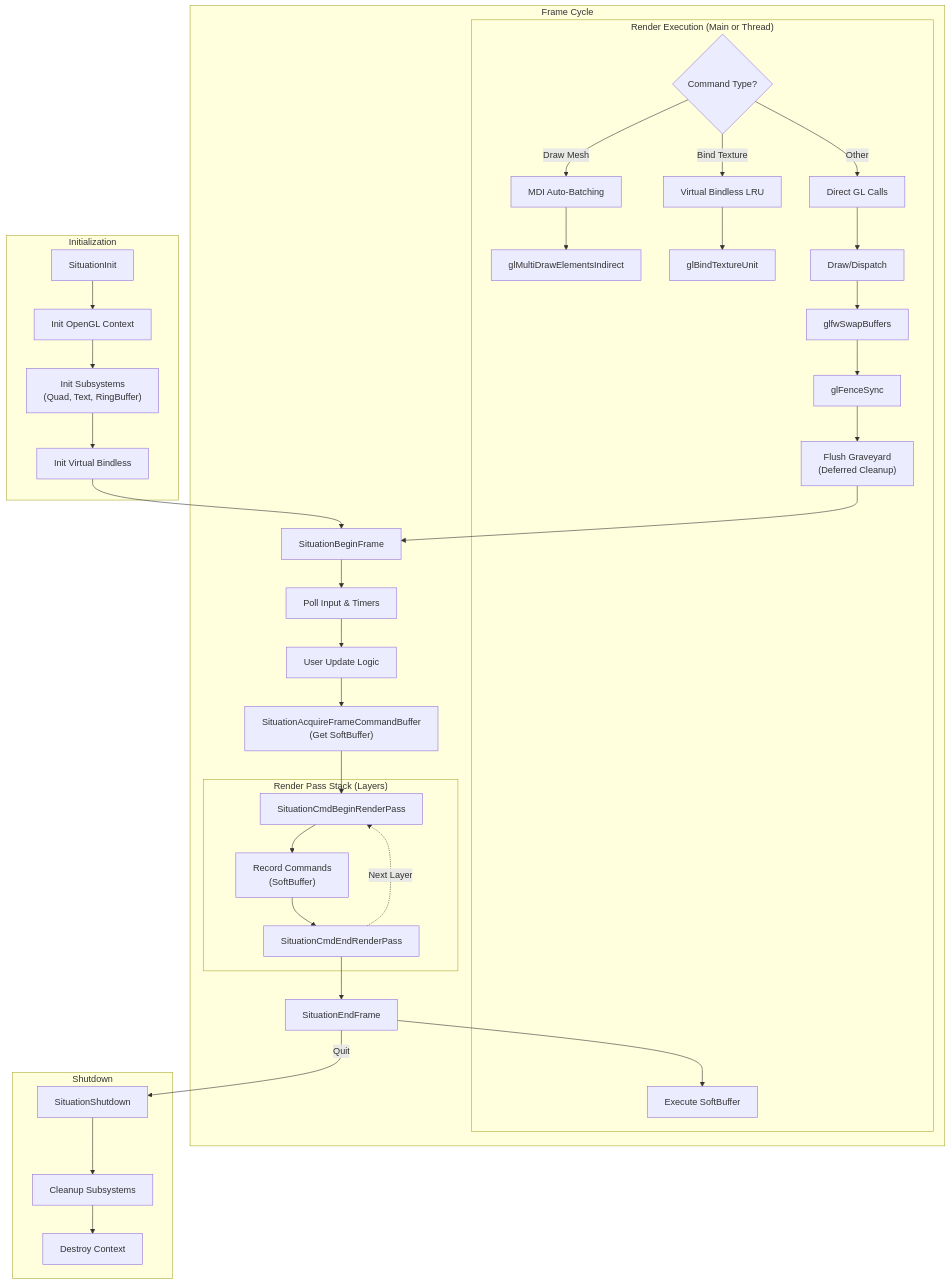
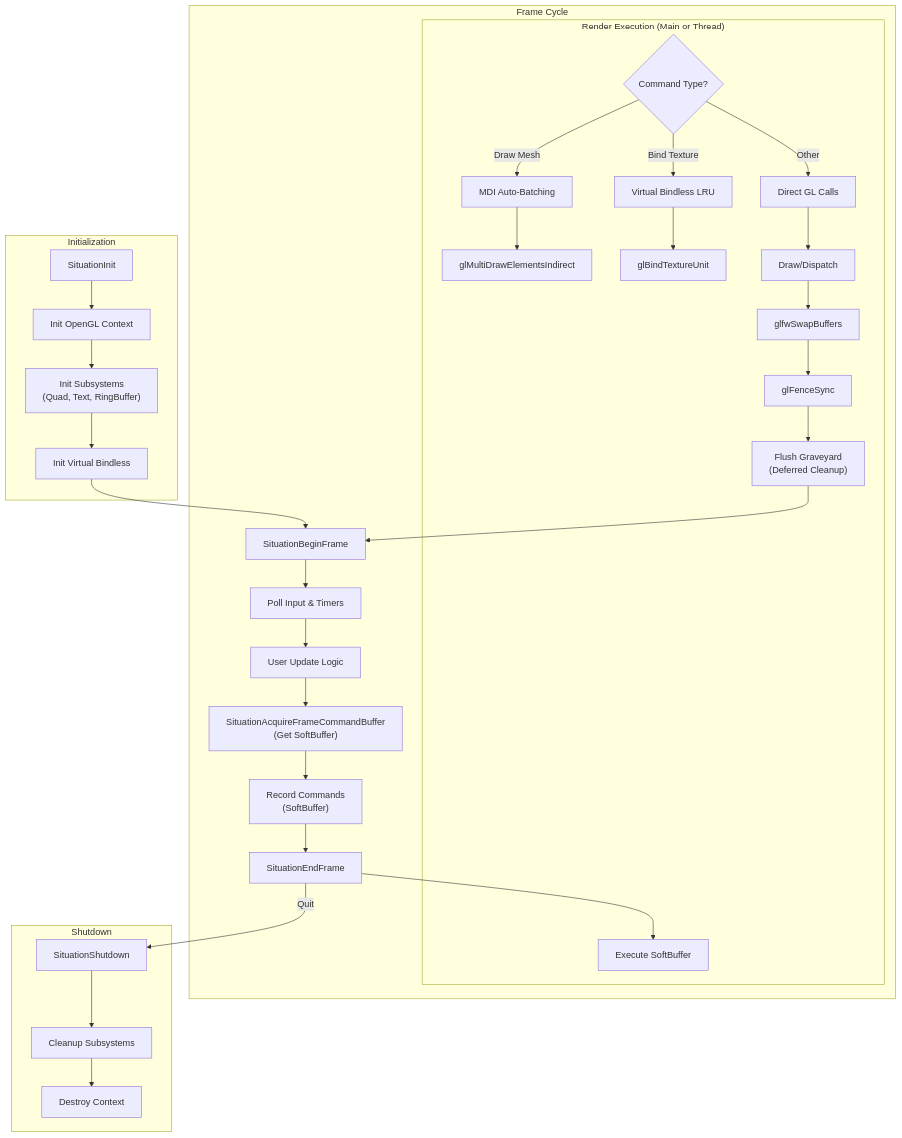
The second of 3 diagrams in README.md (jmorel33/situation), drawn with Mermaid before and after one commit. The commit also changed other lines of this file, not shown here.

````diff
--- a/README.md
+++ b/README.md
@@ -277,54 +270,47 @@
 ```mermaid
 graph TD
     %% Nodes
     subgraph Init ["Initialization"]
         I1["SituationInit"]
         I2["Init OpenGL Context"]
         I3["Init Subsystems<br/>(Quad, Text, RingBuffer)"]
         I4["Init Virtual Bindless"]
     end
 
     subgraph Loop ["Frame Cycle"]
         L1["SituationBeginFrame"]
         L2["Poll Input & Timers"]
         L3["User Update Logic"]
         L4["SituationAcquireFrameCommandBuffer<br/>(Get SoftBuffer)"]
-        subgraph RenderStack ["Render Pass Stack (Layers)"]
-            L5a["SituationCmdBeginRenderPass"]
-            L5b["Record Commands<br/>(SoftBuffer)"]
-            L5c["SituationCmdEndRenderPass"]
-            L5a --> L5b --> L5c
-            L5c -. "Next Layer" .-> L5a
-        end
+        L5["Record Commands<br/>(SoftBuffer)"]
         L6["SituationEndFrame"]
 
         subgraph Render ["Render Execution (Main or Thread)"]
             R1["Execute SoftBuffer"]
             R2{"Command Type?"}
             R2 -- "Draw Mesh" --> R3["MDI Auto-Batching"]
             R2 -- "Bind Texture" --> R4["Virtual Bindless LRU"]
             R2 -- "Other" --> R5["Direct GL Calls"]
             R3 --> R6["glMultiDrawElementsIndirect"]
             R4 --> R7["glBindTextureUnit"]
             R5 --> R8["Draw/Dispatch"]
             R8 --> S1["glfwSwapBuffers"]
             S1 --> S2["glFenceSync"]
             S2 --> S3["Flush Graveyard<br/>(Deferred Cleanup)"]
         end
     end
 
     subgraph Exit ["Shutdown"]
         E1["SituationShutdown"]
         E2["Cleanup Subsystems"]
         E3["Destroy Context"]
     end
 
     %% Flow
     I1 --> I2 --> I3 --> I4 --> L1
-    L1 --> L2 --> L3 --> L4 --> L5a
-    L5c --> L6
+    L1 --> L2 --> L3 --> L4 --> L5 --> L6
     L6 --> R1
     S3 --> L1
     L6 -- "Quit" --> E1
     E1 --> E2 --> E3
 ```
````
